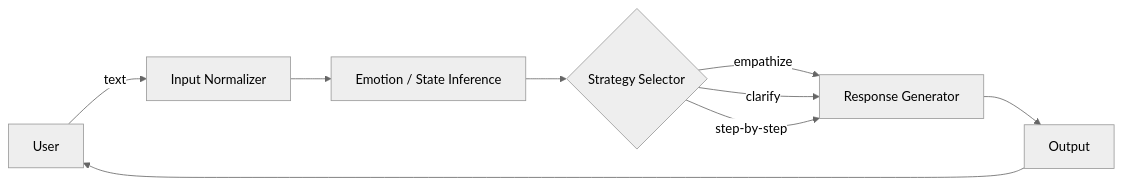
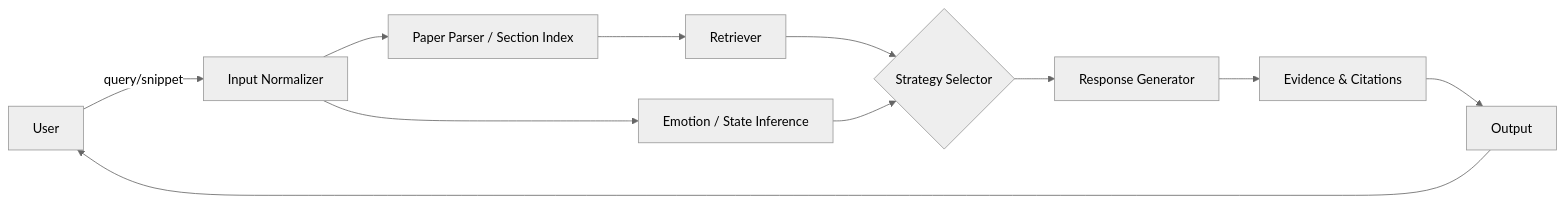
One commit to CS731-2026/project-1-emotion-aware-chatbot-team15 changed the diagram in README.md. Above: the diagram before and after it, drawn with Mermaid (neutral theme). The commit also changed other lines of this file, not shown here.

````diff
--- a/README.md
+++ b/README.md
@@ -101,11 +102,13 @@
 ```mermaid
 flowchart LR
-  U[User] -->|text| A[Input Normalizer]
+  U[User] -->|query/snippet| A[Input Normalizer]
+  A --> P[Paper Parser / Section Index]
+  P --> R[Retriever]
   A --> B[Emotion / State Inference]
-  B --> C{Strategy Selector}
-  C -->|empathize| D[Response Generator]
-  C -->|clarify| D
-  C -->|step-by-step| D
-  D --> O[Output]
+  R --> C{Strategy Selector}
+  B --> C
+  C --> D[Response Generator]
+  D --> E[Evidence & Citations]
+  E --> O[Output]
   O --> U
 ```
````
